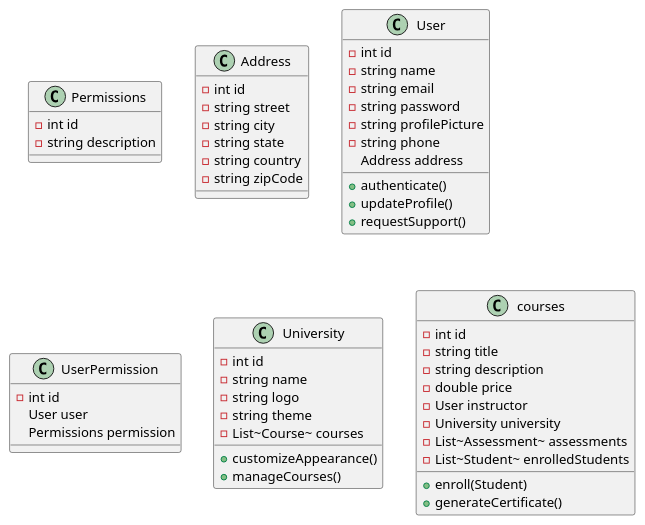
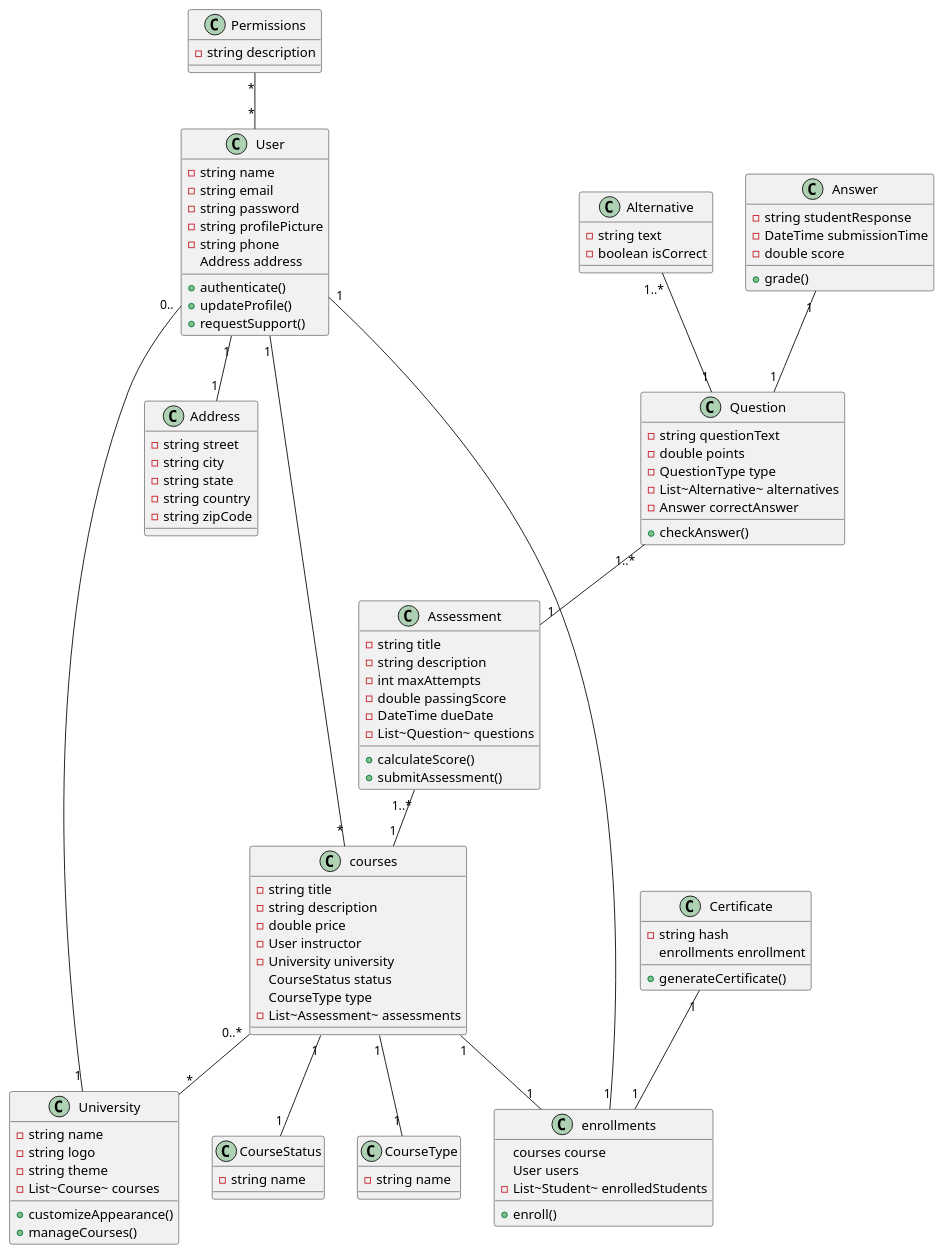
The diagram in src/main/java/org/example/AprendeJa.puml (Rakoski/ifpr_poo_uml), drawn with PlantUML before and after one commit.

```diff
--- a/src/main/java/org/example/AprendeJa.puml
+++ b/src/main/java/org/example/AprendeJa.puml
@@ -1,59 +1,113 @@
 @startuml
 class Permissions {
-    -int id
     -string description
 }
 
 class Address {
-    -int id
     -string street
     -string city
     -string state
     -string country
     -string zipCode
 }
 
 class User {
-    -int id
     -string name
     -string email
     -string password
     -string profilePicture
     -string phone
     Address address
     +authenticate()
     +updateProfile()
     +requestSupport()
 }
 
-class UserPermission {
-    -int id
-    User user
-    Permissions permission
-}
-
 class University {
-    -int id
     -string name
     -string logo
     -string theme
     -List~Course~ courses
     +customizeAppearance()
     +manageCourses()
 }
 
-
 class courses {
-    -int id
     -string title
     -string description
     -double price
     -User instructor
     -University university
+    CourseStatus status
+    CourseType type
     -List~Assessment~ assessments
+}
+
+class enrollments {
+    courses course
+    User users
     -List~Student~ enrolledStudents
-    +enroll(Student)
+    +enroll()
+}
+
+class CourseType {
+    -string name
+}
+
+class CourseStatus {
+    -string name
+}
+
+class Certificate {
+    -string hash
+    enrollments enrollment
     +generateCertificate()
 }
 
+class Assessment {
+    -string title
+    -string description
+    -int maxAttempts
+    -double passingScore
+    -DateTime dueDate
+    -List~Question~ questions
+    +calculateScore()
+    +submitAssessment()
+}
+
+class Question {
+    -string questionText
+    -double points
+    -QuestionType type
+    -List~Alternative~ alternatives
+    -Answer correctAnswer
+    +checkAnswer()
+}
+
+class Alternative {
+    -string text
+    -boolean isCorrect
+}
+
+class Answer {
+    -string studentResponse
+    -DateTime submissionTime
+    -double score
+    +grade()
+}
+
+Permissions "*" -- "*" User
+User "1" ---- "*" courses
+User "1" -- "1" enrollments
+courses "1" -- "1" enrollments
+User "1" -- "1" Address
+University "1" -- "0.." User
+courses "0..*" -- "*" University
+courses "1" -- "1" CourseType
+courses "1" -- "1" CourseStatus
+Certificate "1" -- "1" enrollments
+Assessment "1..*" -- "1" courses
+Question "1..*" -- "1" Assessment
+Alternative "1..*" -- "1" Question
+Answer "1" -- "1" Question
 @enduml
```
